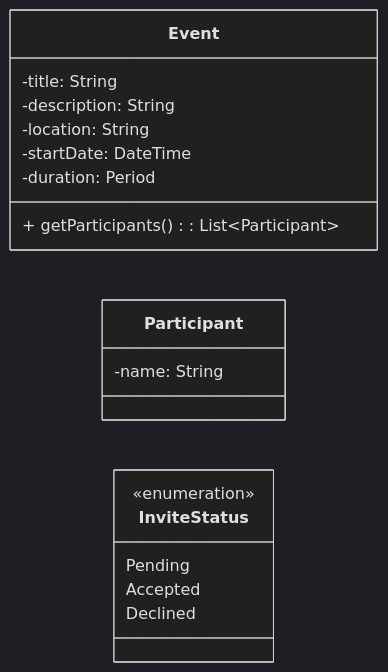
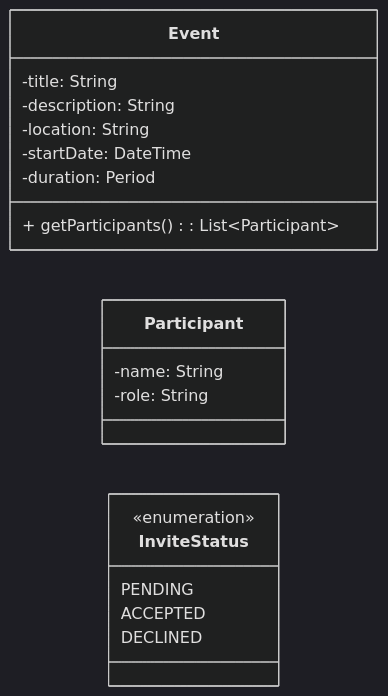
The diagram in README.md (HansMalm/Project_test_1_Hans_EventManagementApp), drawn with Mermaid (dark theme) before and after one commit. The commit also changed other lines of this file and 1 other file, not shown here.

Commit message:
mod README file.
documentation update.

````diff
--- a/README.md
+++ b/README.md
@@ -25,25 +25,26 @@
 ```mermaid
 classDiagram
     direction LR
 
     class Event {
         -title: String
         -description: String
         -location: String
         -startDate: DateTime
         -duration: Period
         + getParticipants(): List~Participant~
     }
     
     class Participant {
         -name: String
+        -role: String
     }
     
     class InviteStatus {
         <<enumeration>>
-        Pending
-        Accepted
-        Declined
+        PENDING
+        ACCEPTED
+        DECLINED
  }
 
 ```
````
